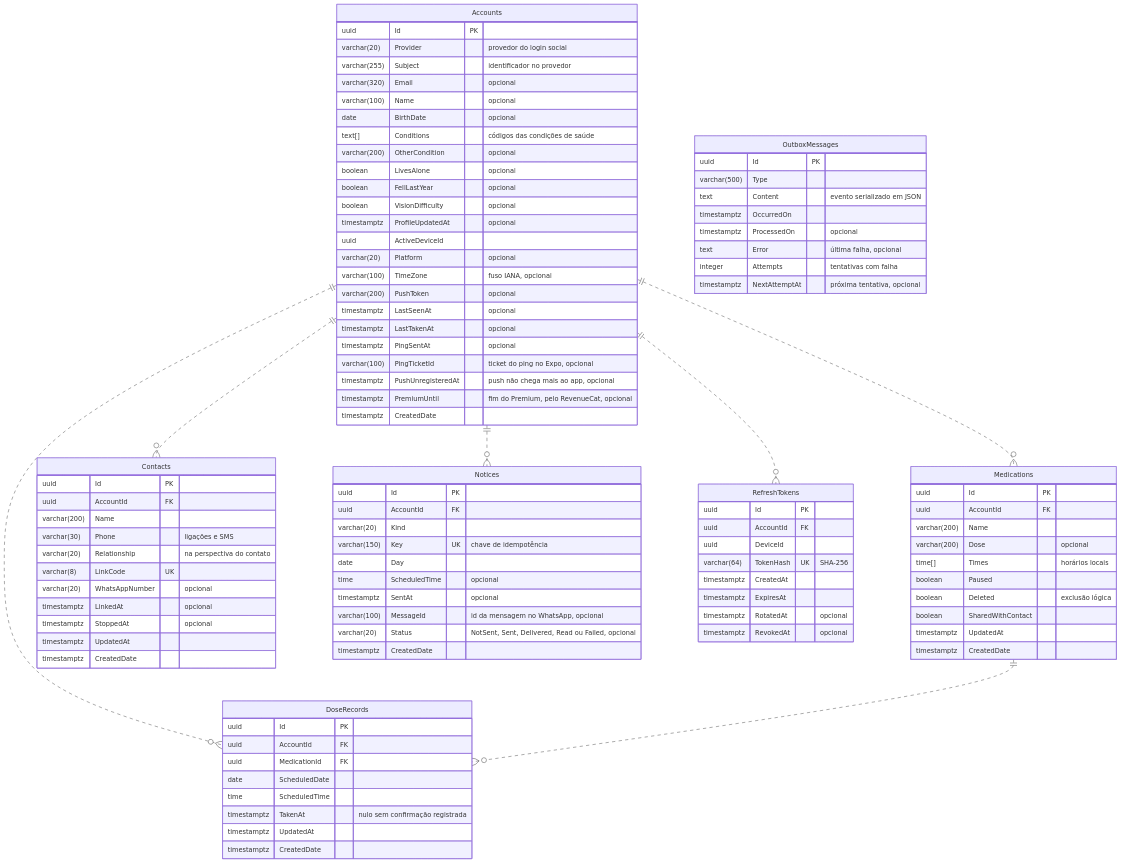
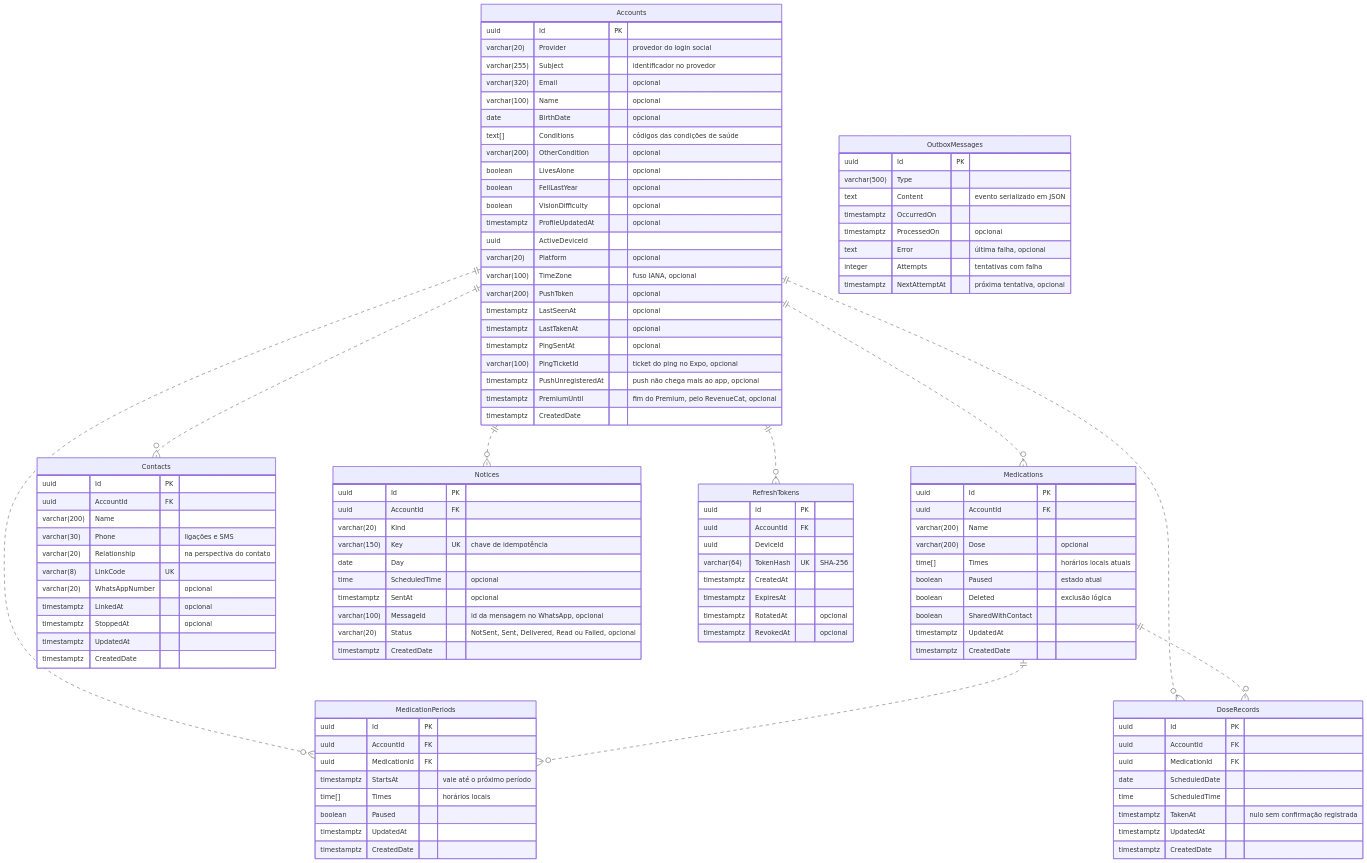
One commit to revo-solutions/cmi changed the diagram in docs/database.md. Above: the diagram before and after it, drawn with Mermaid. The commit also changed other lines of this file and 16 other files, not shown here.

````diff
--- a/docs/database.md
+++ b/docs/database.md
@@ -6,10 +6,12 @@
 ```mermaid
 erDiagram
     Accounts ||..o{ Medications : ""
+    Accounts ||..o{ MedicationPeriods : ""
     Accounts ||..o{ DoseRecords : ""
     Accounts ||..o{ Contacts : ""
     Accounts ||..o{ Notices : ""
     Accounts ||..o{ RefreshTokens : ""
+    Medications ||..o{ MedicationPeriods : ""
     Medications ||..o{ DoseRecords : ""
 
     Accounts {
@@ -43,10 +45,21 @@
         uuid AccountId FK
         varchar(200) Name
         varchar(200) Dose "opcional"
+        time[] Times "horários locais atuais"
+        boolean Paused "estado atual"
+        boolean Deleted "exclusão lógica"
+        boolean SharedWithContact
+        timestamptz UpdatedAt
+        timestamptz CreatedDate
+    }
+
+    MedicationPeriods {
+        uuid Id PK
+        uuid AccountId FK
+        uuid MedicationId FK
+        timestamptz StartsAt "vale até o próximo período"
         time[] Times "horários locais"
         boolean Paused
-        boolean Deleted "exclusão lógica"
-        boolean SharedWithContact
         timestamptz UpdatedAt
         timestamptz CreatedDate
     }
````
